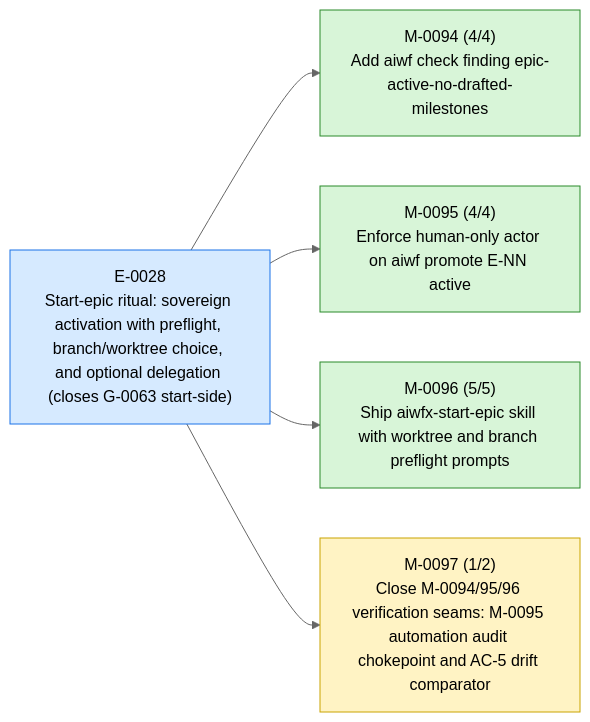
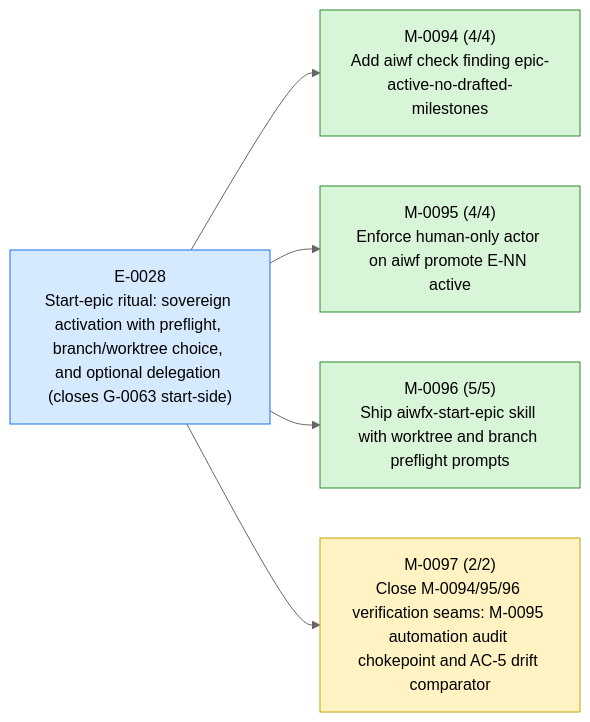
One commit to 23min/aiwf changed the first of 3 diagrams in STATUS.md. Above: the diagram before and after it, drawn with Mermaid (neutral theme). The commit also changed other lines of this file and 1 other file, not shown here.

````diff
--- a/STATUS.md
+++ b/STATUS.md
@@ -16,18 +16,18 @@
 ```mermaid
 flowchart LR
   E_0028["E-0028<br/>Start-epic ritual: sovereign activation with preflight, branch/worktree choice, and optional delegation (closes G-0063 start-side)"]:::epic_active
   M_0094["M-0094 (4/4)<br/>Add aiwf check finding epic-active-no-drafted-milestones"]:::ms_done
   E_0028 --> M_0094
   M_0095["M-0095 (4/4)<br/>Enforce human-only actor on aiwf promote E-NN active"]:::ms_done
   E_0028 --> M_0095
   M_0096["M-0096 (5/5)<br/>Ship aiwfx-start-epic skill with worktree and branch preflight prompts"]:::ms_done
   E_0028 --> M_0096
-  M_0097["M-0097 (1/2)<br/>Close M-0094/95/96 verification seams: M-0095 automation audit chokepoint and AC-5 drift comparator"]:::ms_in_progress
+  M_0097["M-0097 (2/2)<br/>Close M-0094/95/96 verification seams: M-0095 automation audit chokepoint and AC-5 drift comparator"]:::ms_in_progress
   E_0028 --> M_0097
   classDef epic_active fill:#d6eaff,stroke:#1a73e8,color:#000
   classDef epic_proposed fill:#f4f4f4,stroke:#888,color:#000
   classDef ms_done fill:#d8f5d8,stroke:#2a8a2a,color:#000
   classDef ms_in_progress fill:#fff3c4,stroke:#caa400,color:#000
   classDef ms_draft fill:#f4f4f4,stroke:#888,color:#000
   classDef ms_cancelled fill:#fbeaea,stroke:#c33,color:#000
 ```
````
